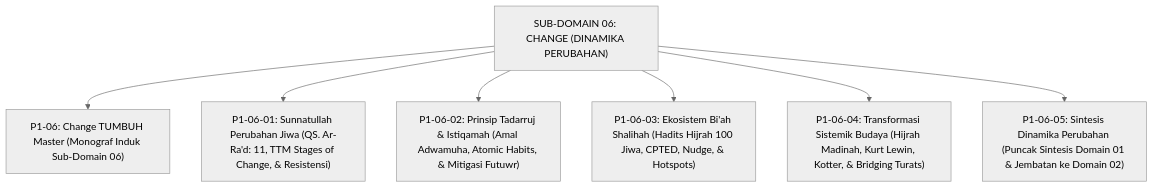
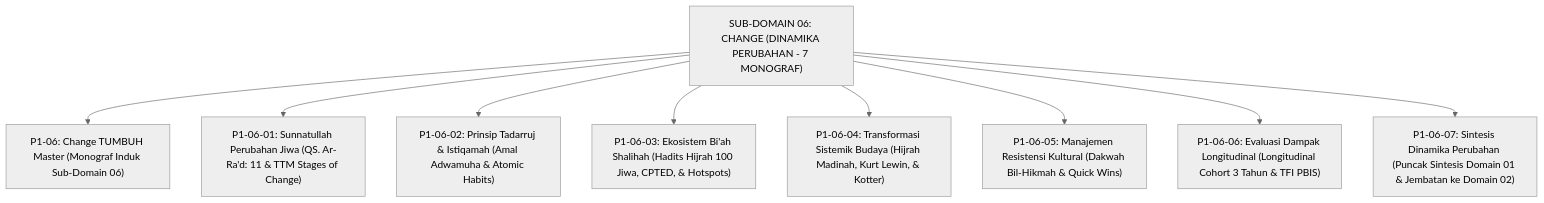
Before and after one commit to wandiapriliyandi/tumbuh: the diagram in 01 Philosophy/06 Change/README.md, drawn with Mermaid (neutral theme). The commit also changed other lines of this file and 15 other files, not shown here.

````diff
--- a/01 Philosophy/06 Change/README.md
+++ b/01 Philosophy/06 Change/README.md
@@ -14,11 +14,13 @@
 ```mermaid
 graph TD
-    Change["SUB-DOMAIN 06: CHANGE (DINAMIKA PERUBAHAN)"]
+    Change["SUB-DOMAIN 06: CHANGE (DINAMIKA PERUBAHAN - 7 MONOGRAF)"]
     
     Change --> Master["P1-06: Change TUMBUH Master (Monograf Induk Sub-Domain 06)"]
-    Change --> M1["P1-06-01: Sunnatullah Perubahan Jiwa (QS. Ar-Ra'd: 11, TTM Stages of Change, & Resistensi)"]
-    Change --> M2["P1-06-02: Prinsip Tadarruj & Istiqamah (Amal Adwamuha, Atomic Habits, & Mitigasi Futuwr)"]
-    Change --> M3["P1-06-03: Ekosistem Bi'ah Shalihah (Hadits Hijrah 100 Jiwa, CPTED, Nudge, & Hotspots)"]
-    Change --> M4["P1-06-04: Transformasi Sistemik Budaya (Hijrah Madinah, Kurt Lewin, Kotter, & Bridging Turats)"]
-    Change --> M5["P1-06-05: Sintesis Dinamika Perubahan (Puncak Sintesis Domain 01 & Jembatan ke Domain 02)"]
+    Change --> M1["P1-06-01: Sunnatullah Perubahan Jiwa (QS. Ar-Ra'd: 11 & TTM Stages of Change)"]
+    Change --> M2["P1-06-02: Prinsip Tadarruj & Istiqamah (Amal Adwamuha & Atomic Habits)"]
+    Change --> M3["P1-06-03: Ekosistem Bi'ah Shalihah (Hadits Hijrah 100 Jiwa, CPTED, & Hotspots)"]
+    Change --> M4["P1-06-04: Transformasi Sistemik Budaya (Hijrah Madinah, Kurt Lewin, & Kotter)"]
+    Change --> M5["P1-06-05: Manajemen Resistensi Kultural (Dakwah Bil-Hikmah & Quick Wins)"]
+    Change --> M6["P1-06-06: Evaluasi Dampak Longitudinal (Longitudinal Cohort 3 Tahun & TFI PBIS)"]
+    Change --> M7["P1-06-07: Sintesis Dinamika Perubahan (Puncak Sintesis Domain 01 & Jembatan ke Domain 02)"]
 ```
````
